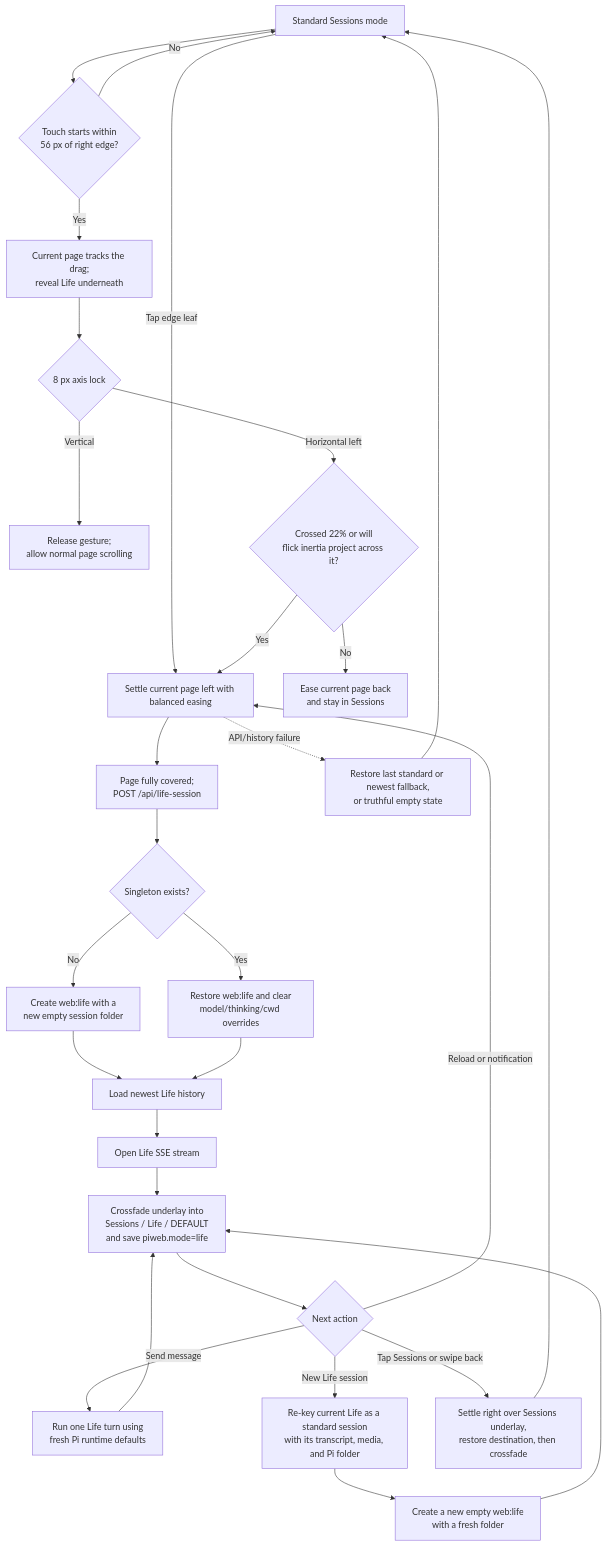
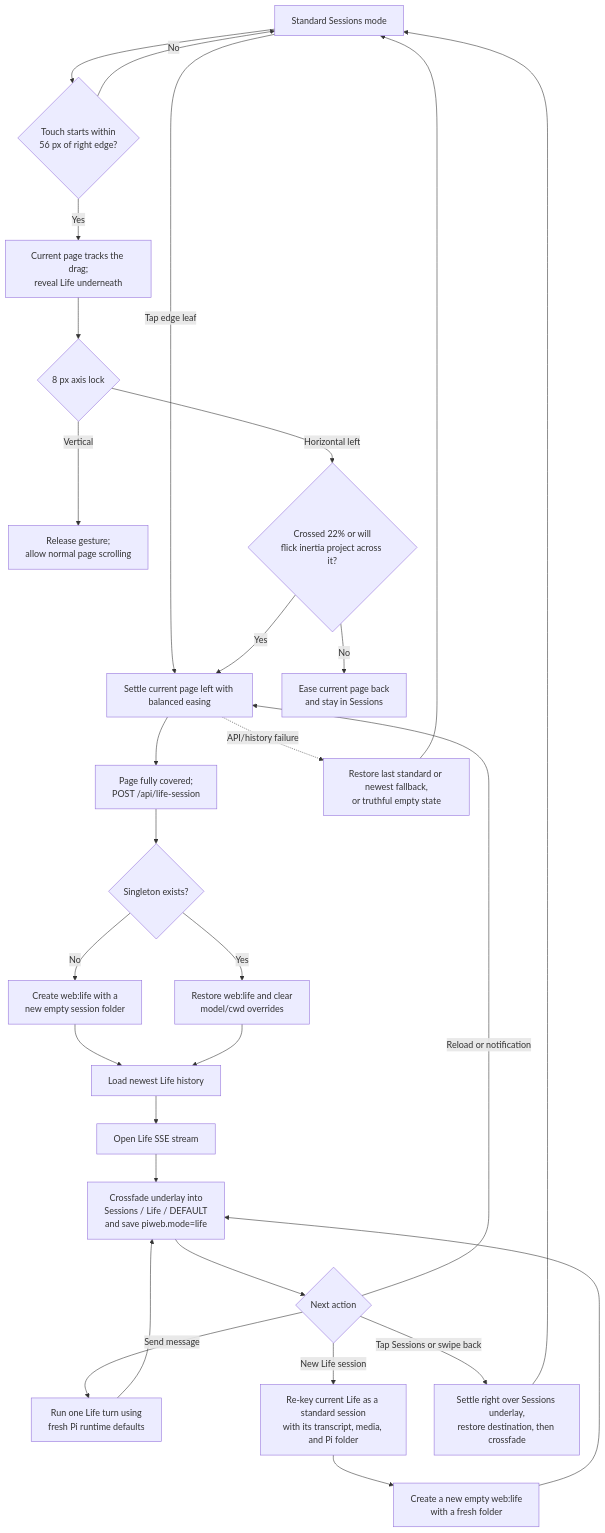
One commit to AyaSakura-comp/piweb changed the first of 5 diagrams in docs/life-mode.md. Above: the diagram before and after it, drawn with Mermaid. The commit also changed other lines of this file and 9 other files, not shown here.

Commit message:
[verified] Add thinking level icon to Life mode

````diff
--- a/docs/life-mode.md
+++ b/docs/life-mode.md
@@ -78,31 +78,31 @@
 ```mermaid
 flowchart TD
     A[Standard Sessions mode] --> B{Touch starts within<br/>56 px of right edge?}
     A -- Tap edge leaf --> H
     B -- No --> A
     B -- Yes --> C[Current page tracks the drag;<br/>reveal Life underneath]
     C --> D{8 px axis lock}
     D -- Vertical --> E[Release gesture;<br/>allow normal page scrolling]
     D -- Horizontal left --> F{Crossed 22% or will<br/>flick inertia project across it?}
     F -- No --> G[Ease current page back<br/>and stay in Sessions]
     F -- Yes --> H[Settle current page left with balanced easing]
     H --> H2[Page fully covered;<br/>POST /api/life-session]
     H2 --> I{Singleton exists?}
     I -- No --> J[Create web:life with a<br/>new empty session folder]
-    I -- Yes --> K[Restore web:life and clear<br/>model/thinking/cwd overrides]
+    I -- Yes --> K[Restore web:life and clear<br/>model/cwd overrides]
     J --> L[Load newest Life history]
     K --> L
     L --> M[Open Life SSE stream]
     M --> N[Crossfade underlay into<br/>Sessions / Life / DEFAULT<br/>and save piweb.mode=life]
     N --> O{Next action}
     O -- Send message --> P[Run one Life turn using<br/>fresh Pi runtime defaults]
     P --> N
     O -- New Life session --> S[Re-key current Life as a standard session<br/>with its transcript, media, and Pi folder]
     S --> T[Create a new empty web:life<br/>with a fresh folder]
     T --> N
     O -- Reload or notification --> H
     O -- Tap Sessions or swipe back --> Q[Settle right over Sessions underlay,<br/>restore destination, then crossfade]
     Q --> A
     H -. API/history failure .-> R[Restore last standard or newest fallback,<br/>or truthful empty state]
     R --> A
 ```
````
